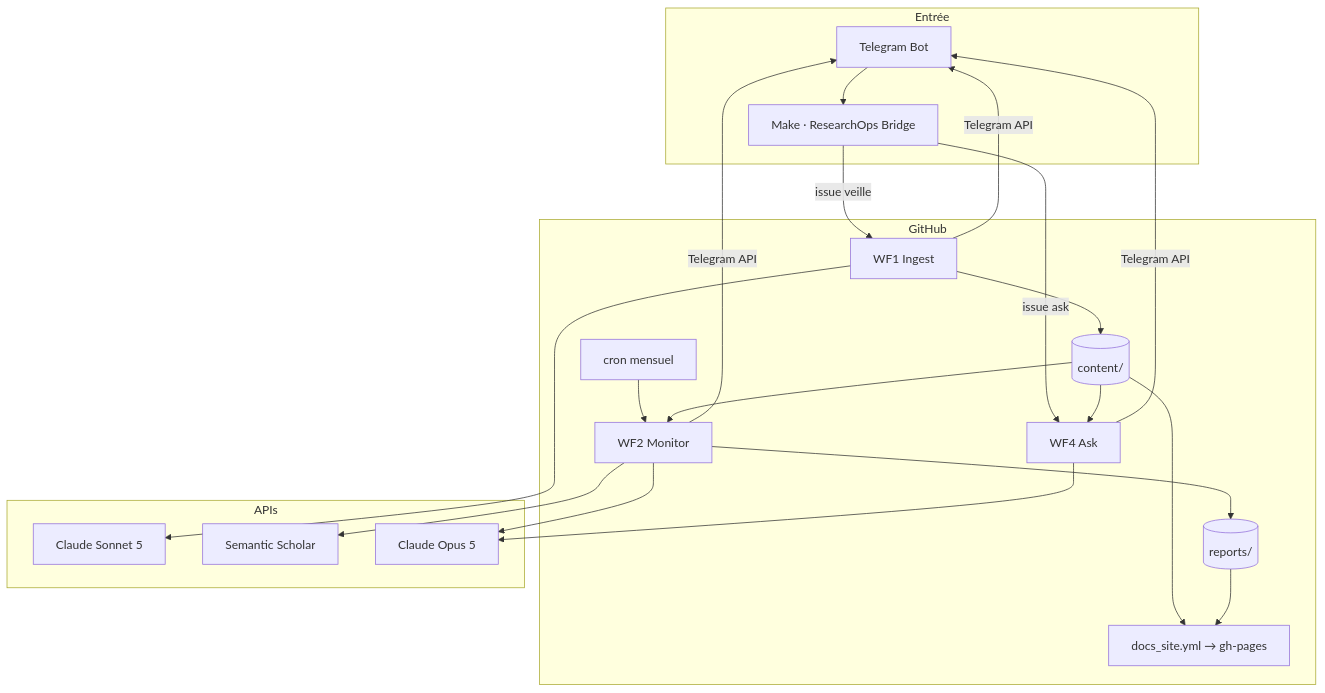
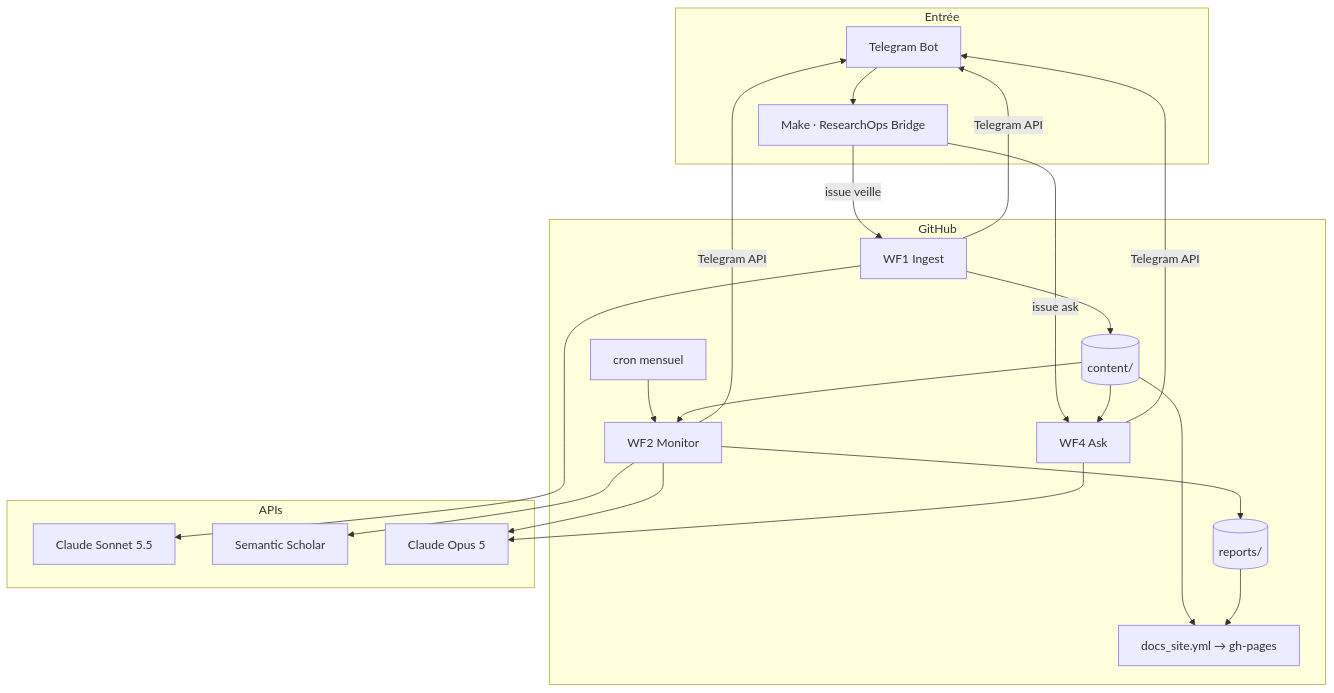
Before and after one commit to yajeddig/ResearchOps: the diagram in context/specification.md, drawn with Mermaid. The commit also changed other lines of this file and 22 other files, not shown here.

````diff
--- a/context/specification.md
+++ b/context/specification.md
@@ -24,24 +24,24 @@
 ```mermaid
 graph TB
     subgraph Entrée
         TG[Telegram Bot] --> MK[Make · ResearchOps Bridge]
     end
     subgraph "GitHub"
         MK -->|issue veille| WF1[WF1 Ingest]
         MK -->|issue ask| WF4[WF4 Ask]
         CRON[cron mensuel] --> WF2[WF2 Monitor]
         WF1 --> C[(content/)]
         WF2 --> R[(reports/)]
         C --> WF2
         C --> WF4
         C --> SITE[docs_site.yml → gh-pages]
         R --> SITE
     end
     subgraph "APIs"
-        WF1 --> CLS[Claude Sonnet 5]
+        WF1 --> CLS[Claude Sonnet 5.5]
         WF2 --> S2[Semantic Scholar]
         WF2 --> CL[Claude Opus 5]
         WF4 --> CL
     end
     WF1 & WF2 & WF4 -->|Telegram API| TG
 ```
````
